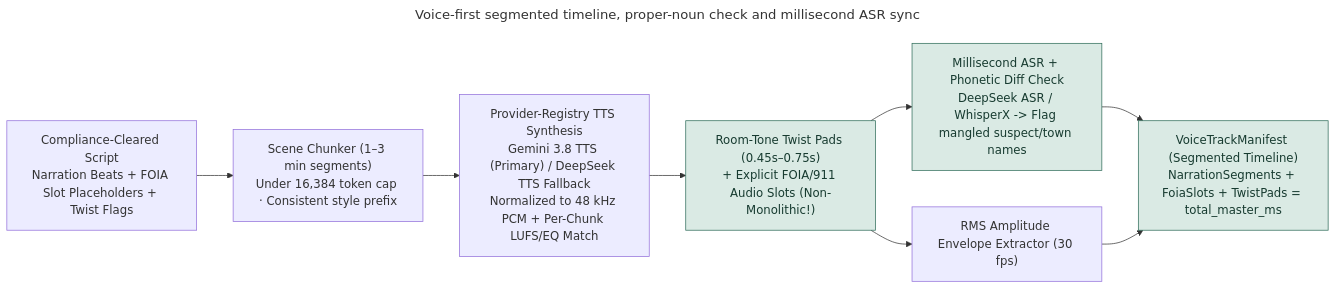
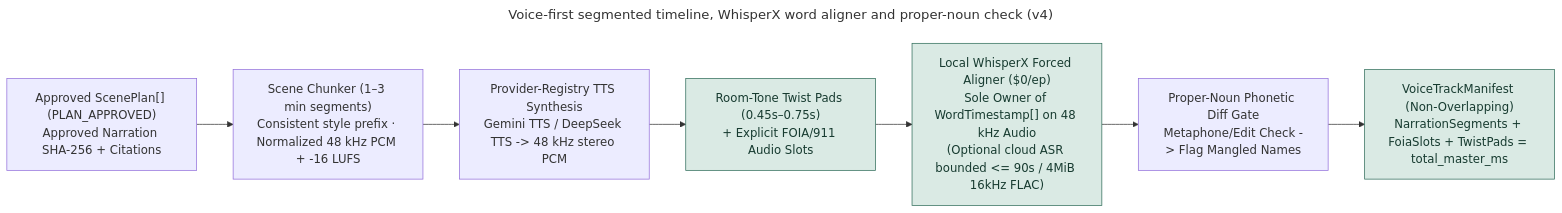
The diagram in voice-first-and-asr-sync.mmd (AyushGahtori/true-crime-pipeline), drawn with Mermaid before and after one commit. The commit also changed 26 other files, not shown here.

Commit message:
Harden v4 blueprint: offline-test zero-spend gate, global /mo ledger, WhisperX ASR, ScenePlan contract & wave merge runbook

```diff
--- a/voice-first-and-asr-sync.mmd
+++ b/voice-first-and-asr-sync.mmd
@@ -1,16 +1,16 @@
 ---
-title: Voice-first segmented timeline, proper-noun check and millisecond ASR sync
+title: Voice-first segmented timeline, WhisperX word aligner and proper-noun check (v4)
 ---
 flowchart LR
-  SCRIPT["Compliance-Cleared Script<br/>Narration Beats + FOIA Slot Placeholders + Twist Flags"]
-  CHUNK["Scene Chunker (1–3 min segments)<br/>Under 16,384 token cap · Consistent style prefix"]
-  TTS["Provider-Registry TTS Synthesis<br/>Gemini 3.8 TTS (Primary) / DeepSeek TTS Fallback<br/>Normalized to 48 kHz PCM + Per-Chunk LUFS/EQ Match"]
-  PAD["Room-Tone Twist Pads (0.45s–0.75s)<br/>+ Explicit FOIA/911 Audio Slots (Non-Monolithic!)"]
-  ASR["Millisecond ASR + Phonetic Diff Check<br/>DeepSeek ASR / WhisperX -> Flag mangled suspect/town names"]
-  ENV["RMS Amplitude Envelope Extractor (30 fps)"]
-  MAN["VoiceTrackManifest (Segmented Timeline)<br/>NarrationSegments + FoiaSlots + TwistPads = total_master_ms"]
+  SP["Approved ScenePlan[] (PLAN_APPROVED)<br/>Approved Narration SHA-256 + Citations"]
+  CHUNK["Scene Chunker (1–3 min segments)<br/>Consistent style prefix · Normalized 48 kHz PCM + -16 LUFS"]
+  TTS["Provider-Registry TTS Synthesis<br/>Gemini TTS / DeepSeek TTS -> 48 kHz stereo PCM"]
+  PAD["Room-Tone Twist Pads (0.45s–0.75s)<br/>+ Explicit FOIA/911 Audio Slots"]
+  WX["Local WhisperX Forced Aligner ($0/ep)<br/>Sole Owner of WordTimestamp[] on 48 kHz Audio<br/>(Optional cloud ASR bounded <= 90s / 4MiB 16kHz FLAC)"]
+  PN["Proper-Noun Phonetic Diff Gate<br/>Metaphone/Edit Check -> Flag Mangled Names"]
+  MAN["VoiceTrackManifest (Non-Overlapping)<br/>NarrationSegments + FoiaSlots + TwistPads = total_master_ms"]
 
-  SCRIPT --> CHUNK --> TTS --> PAD --> ASR & ENV --> MAN
+  SP --> CHUNK --> TTS --> PAD --> WX --> PN --> MAN
 
   classDef core fill:#daeae4,stroke:#316d5b,color:#173b30
-  class PAD,ASR,MAN core
+  class PAD,WX,MAN core
```
